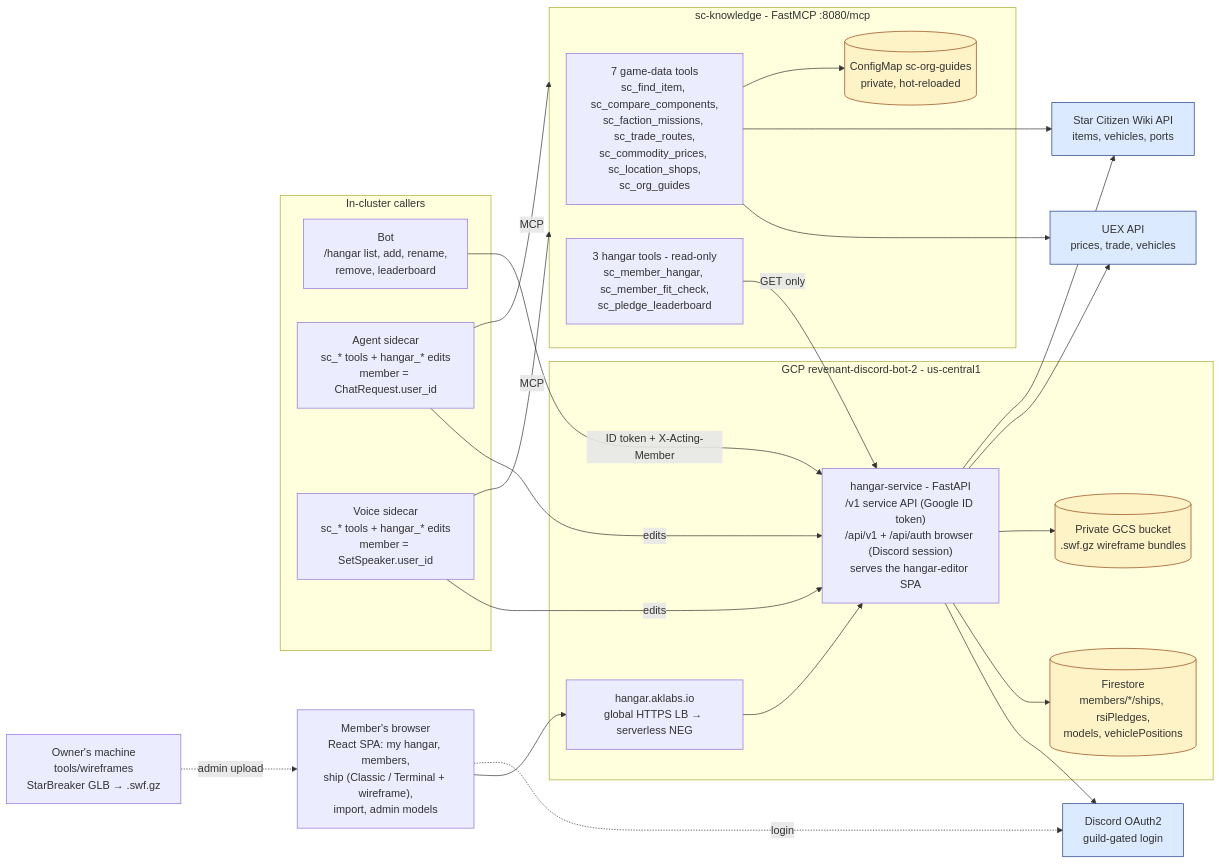
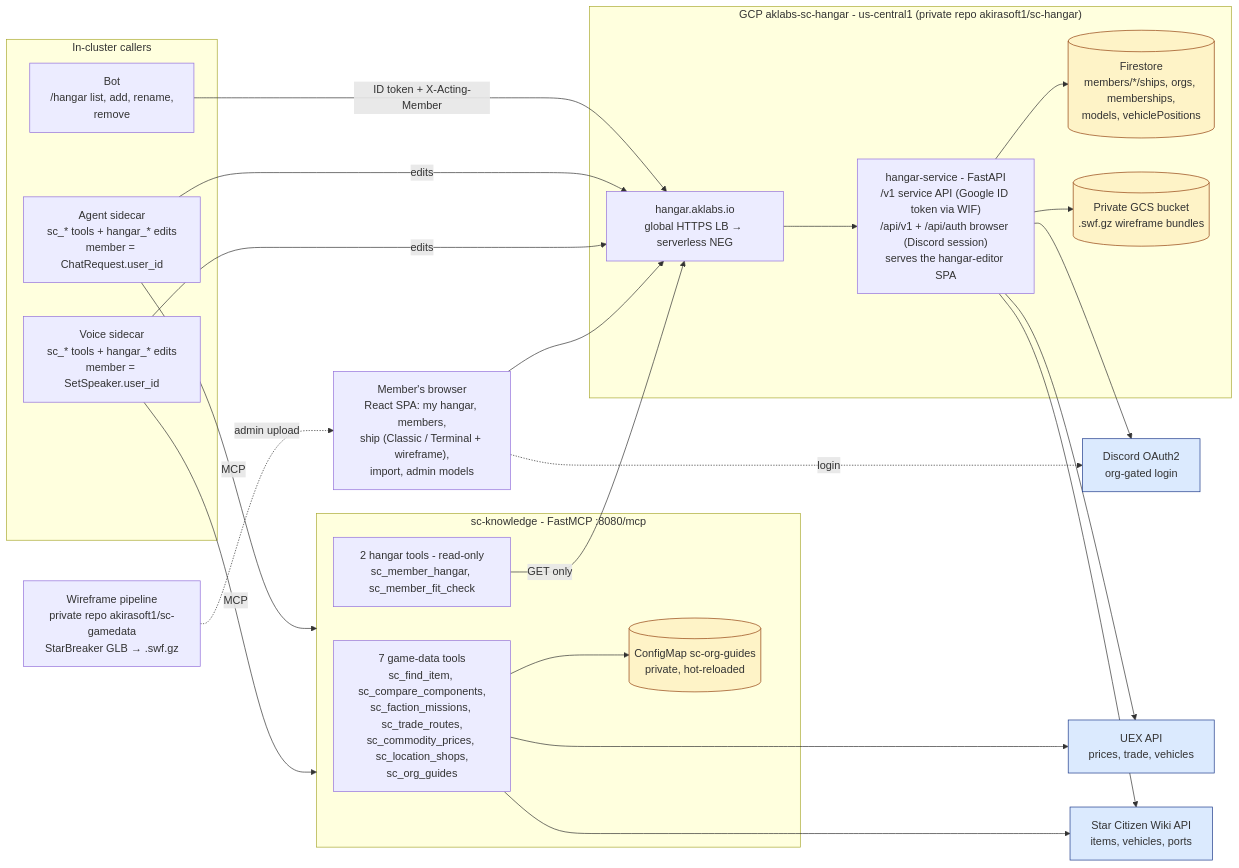
One commit to akirasoft1/revenant changed the fifth of 6 diagrams in docs/architecture.md. Above: the diagram before and after it, drawn with Mermaid. The commit also changed other lines of this file and 219 other files, not shown here.

````diff
--- a/docs/architecture.md
+++ b/docs/architecture.md
@@ -362,50 +362,50 @@
 ```mermaid
 flowchart LR
     subgraph Callers[In-cluster callers]
-        BotH["Bot<br/>/hangar list, add, rename,<br/>remove, leaderboard"]
+        BotH["Bot<br/>/hangar list, add, rename,<br/>remove"]
         AgentH["Agent sidecar<br/>sc_* tools + hangar_* edits<br/>member = ChatRequest.user_id"]
         VoiceH["Voice sidecar<br/>sc_* tools + hangar_* edits<br/>member = SetSpeaker.user_id"]
     end
 
     subgraph SCK[sc-knowledge - FastMCP :8080/mcp]
         GameTools["7 game-data tools<br/>sc_find_item, sc_compare_components,<br/>sc_faction_missions, sc_trade_routes,<br/>sc_commodity_prices, sc_location_shops,<br/>sc_org_guides"]
-        HangarTools["3 hangar tools - read-only<br/>sc_member_hangar, sc_member_fit_check,<br/>sc_pledge_leaderboard"]
+        HangarTools["2 hangar tools - read-only<br/>sc_member_hangar, sc_member_fit_check"]
         Guides[("ConfigMap sc-org-guides<br/>private, hot-reloaded")]
     end
 
-    subgraph CloudRun["GCP revenant-discord-bot-2 - us-central1"]
+    subgraph CloudRun["GCP aklabs-sc-hangar - us-central1 (private repo akirasoft1/sc-hangar)"]
         LB["hangar.aklabs.io<br/>global HTTPS LB → serverless NEG"]
-        HS["hangar-service - FastAPI<br/>/v1 service API (Google ID token)<br/>/api/v1 + /api/auth browser (Discord session)<br/>serves the hangar-editor SPA"]
-        FS[("Firestore<br/>members/*/ships, rsiPledges,<br/>models, vehiclePositions")]
+        HS["hangar-service - FastAPI<br/>/v1 service API (Google ID token via WIF)<br/>/api/v1 + /api/auth browser (Discord session)<br/>serves the hangar-editor SPA"]
+        FS[("Firestore<br/>members/*/ships, orgs, memberships,<br/>models, vehiclePositions")]
         GCS[("Private GCS bucket<br/>.swf.gz wireframe bundles")]
     end
 
     Browser["Member's browser<br/>React SPA: my hangar, members,<br/>ship (Classic / Terminal + wireframe),<br/>import, admin models"]
-    DiscordOAuth["Discord OAuth2<br/>guild-gated login"]
+    DiscordOAuth["Discord OAuth2<br/>org-gated login"]
     UEX["UEX API<br/>prices, trade, vehicles"]
     Wiki["Star Citizen Wiki API<br/>items, vehicles, ports"]
-    Owner["Owner's machine<br/>tools/wireframes<br/>StarBreaker GLB → .swf.gz"]
+    Owner["Wireframe pipeline<br/>private repo akirasoft1/sc-gamedata<br/>StarBreaker GLB → .swf.gz"]
 
     AgentH -->|MCP| SCK
     VoiceH -->|MCP| SCK
     GameTools --> UEX
     GameTools --> Wiki
     GameTools --> Guides
-    HangarTools -->|GET only| HS
-    BotH -->|ID token + X-Acting-Member| HS
-    AgentH -->|edits| HS
-    VoiceH -->|edits| HS
+    BotH -->|ID token + X-Acting-Member| LB
+    AgentH -->|edits| LB
+    VoiceH -->|edits| LB
+    HangarTools -->|GET only| LB
     Browser --> LB --> HS
     Browser -.login.-> DiscordOAuth
     HS --> DiscordOAuth
     HS --> FS
     HS --> GCS
     HS --> UEX
     HS --> Wiki
     Owner -.admin upload.-> Browser
 
     classDef ext fill:#dbeafe,stroke:#1e3a8a
     class UEX,Wiki,DiscordOAuth ext
     classDef store fill:#fef3c7,stroke:#92400e
     class FS,GCS,Guides store
 ```
````
